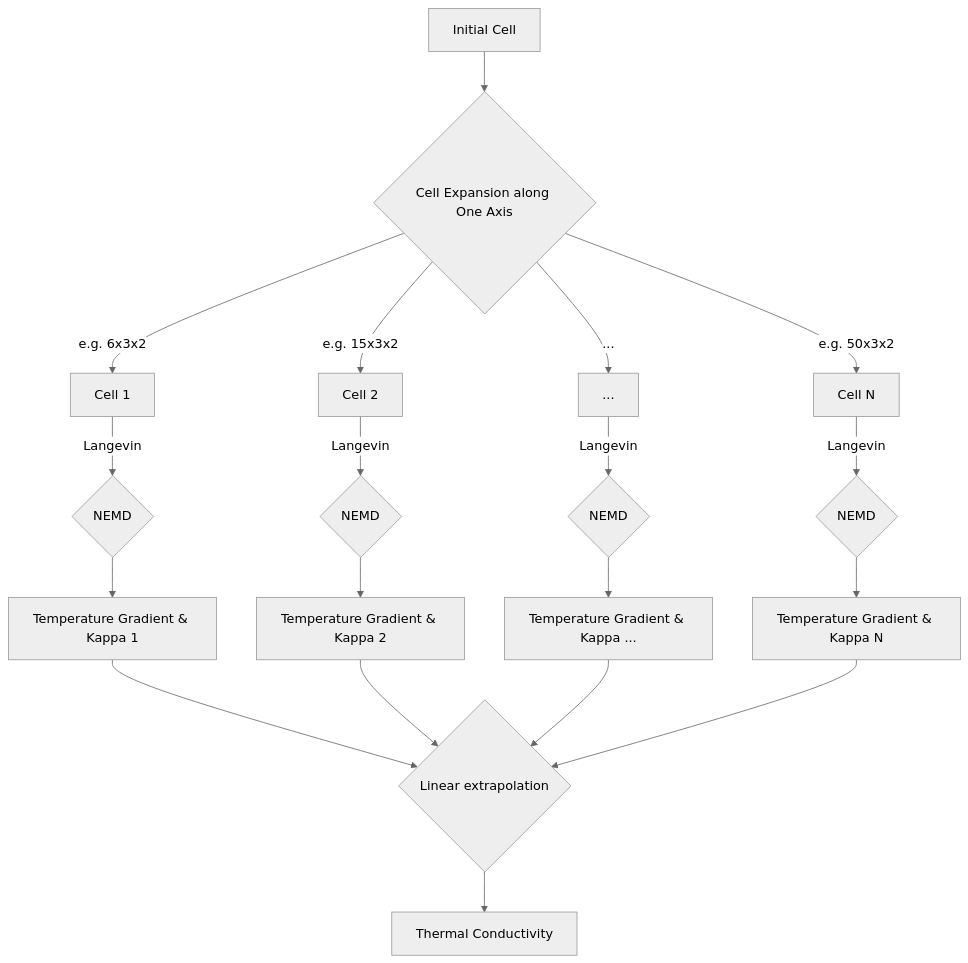
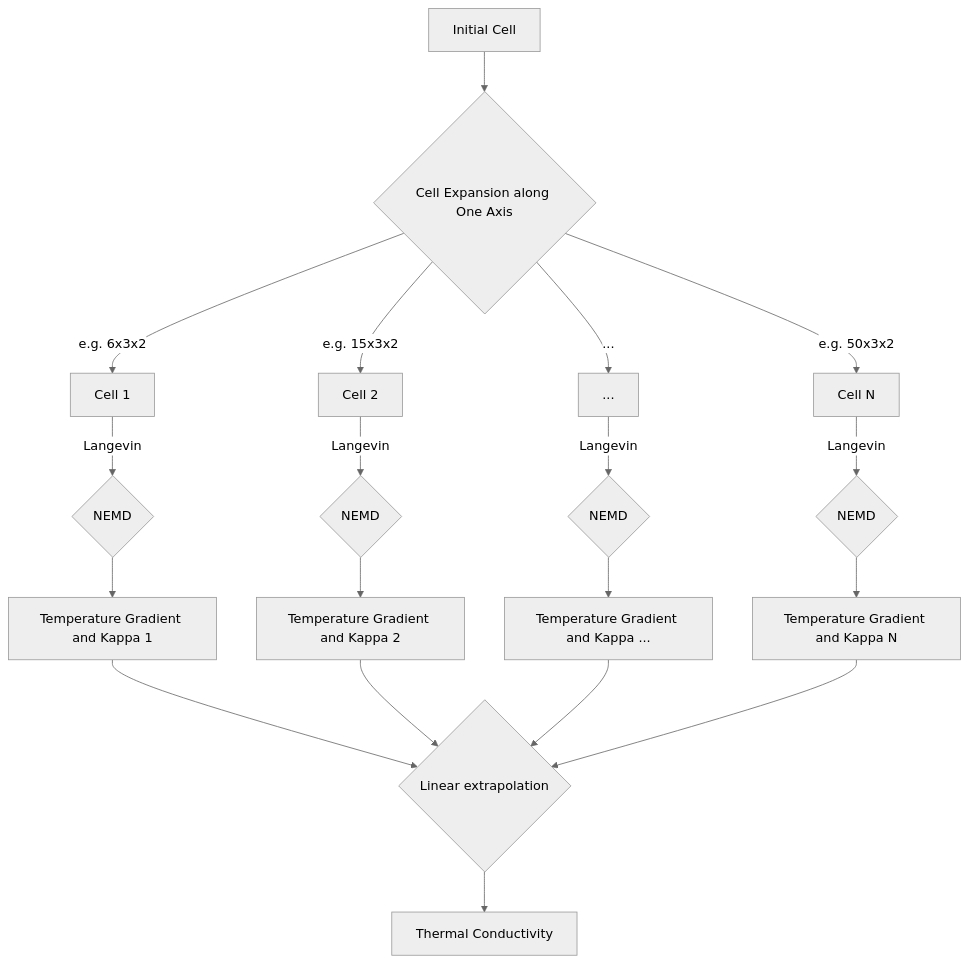
Before and after one commit to gdbhcxhmjk-z/ThermalConductivity-Workflow: the second of 2 diagrams in README.md, drawn with Mermaid (neutral theme). The commit also changed other lines of this file, not shown here.

````diff
--- a/README.md
+++ b/README.md
@@ -59,21 +59,21 @@
 ```mermaid
 graph TD
 A[Initial Cell] -->B{Cell Expansion along One Axis}
 B -->|e.g. 6x3x2| C[Cell 1]
 B -->|e.g. 15x3x2| D[Cell 2]
 B -->|...| E[...]
 B -->|e.g. 50x3x2| F[Cell N]
 C -->|Langevin| C1{NEMD}
 D -->|Langevin| D1{NEMD}
 E -->|Langevin| E1{NEMD}
 F -->|Langevin| F1{NEMD}
-C1 --> C2[Temperature Gradient & Kappa 1]
-D1 --> D2[Temperature Gradient & Kappa 2]
-E1 --> E2[Temperature Gradient & Kappa ...]
-F1 --> F2[Temperature Gradient & Kappa N]
+C1 --> C2[Temperature Gradient and Kappa 1]
+D1 --> D2[Temperature Gradient and Kappa 2]
+E1 --> E2[Temperature Gradient and Kappa ...]
+F1 --> F2[Temperature Gradient and Kappa N]
 C2 -->G{Linear extrapolation}
 D2 -->G{Linear extrapolation}
 E2 -->G{Linear extrapolation}
 F2 -->G{Linear extrapolation}
 G -->H[Thermal Conductivity]
 ```
````
